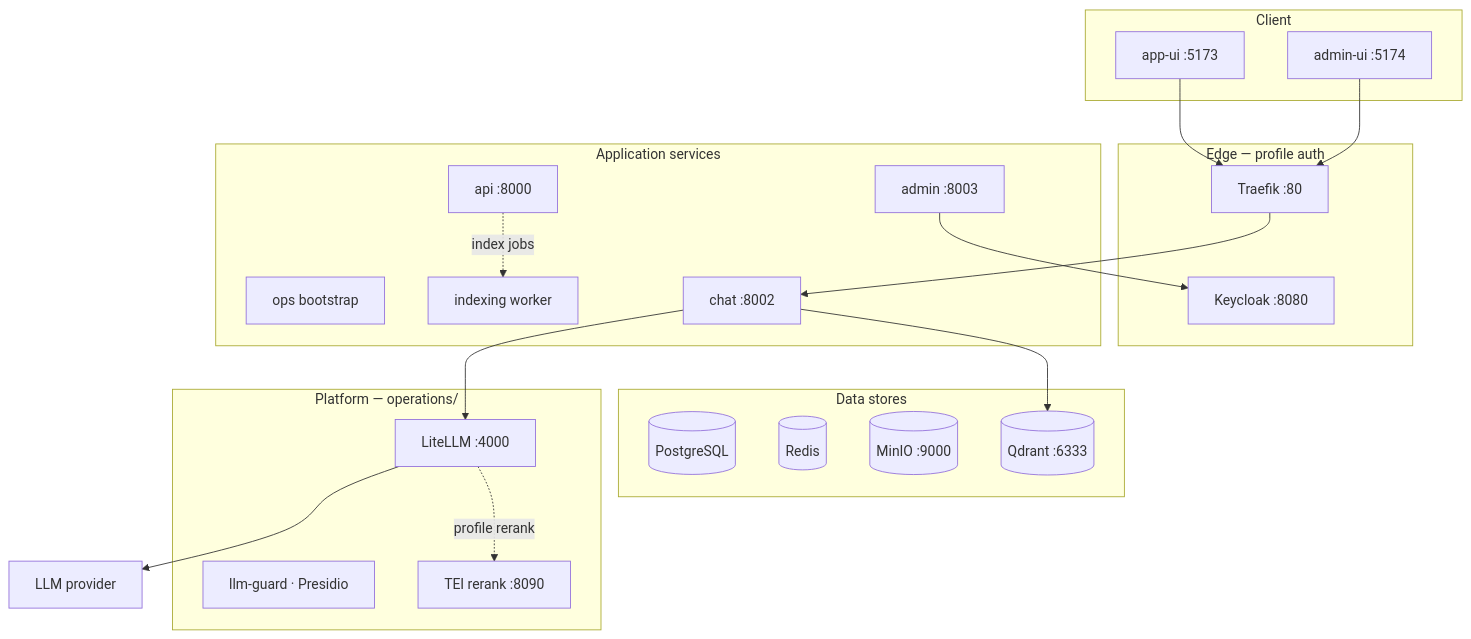
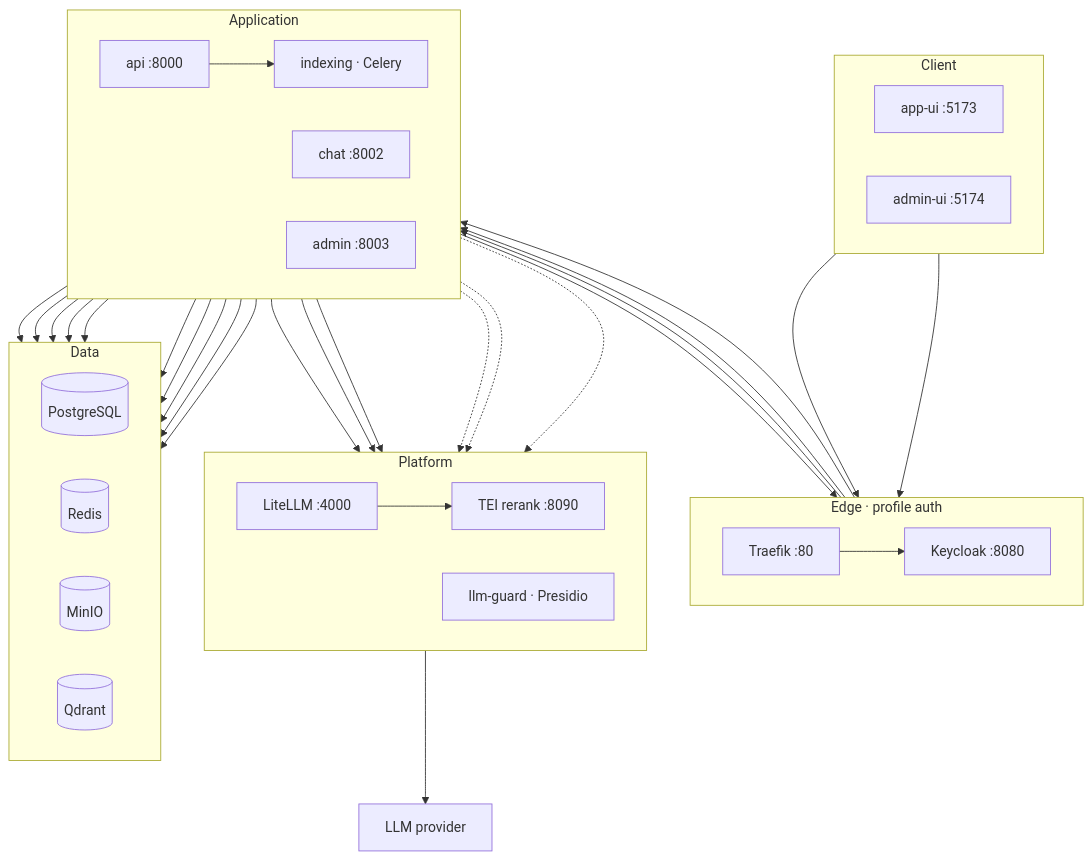
The second of 5 diagrams in docs/architecture.md (krlybnd/squint-genai), drawn with Mermaid before and after one commit. The commit also changed other lines of this file and 3 other files, not shown here.

First line of the commit message:
docs: show TEI rerank on layered architecture mermaid

````diff
--- a/docs/architecture.md
+++ b/docs/architecture.md
@@ -29,46 +29,68 @@
 ```mermaid
 flowchart TB
     subgraph client [Client]
+        direction LR
         frontend["app-ui :5173"]
         admin_ui["admin-ui :5174"]
     end
 
-    subgraph edge [Edge — profile auth]
+    subgraph edge ["Edge · profile auth"]
+        direction LR
         traefik["Traefik :80"]
         keycloak["Keycloak :8080"]
     end
 
-    subgraph app [Application services]
-        ops["ops bootstrap"]
+    subgraph app [Application]
+        direction LR
         api["api :8000"]
         chat["chat :8002"]
         admin["admin :8003"]
-        indexing["indexing worker"]
+        indexing["indexing · Celery"]
     end
 
-    subgraph platform [Platform — operations/]
+    subgraph platform [Platform]
+        direction LR
         litellm["LiteLLM :4000"]
+        rerank["TEI rerank :8090"]
         guard["llm-guard · Presidio"]
-        rerank["TEI rerank :8090"]
     end
 
-    subgraph data [Data stores]
+    subgraph data [Data]
+        direction LR
         postgres[("PostgreSQL")]
         redis[("Redis")]
-        minio[("MinIO :9000")]
-        qdrant[("Qdrant :6333")]
+        minio[("MinIO")]
+        qdrant[("Qdrant")]
     end
 
     ext["LLM provider"]
 
     frontend --> traefik
     admin_ui --> traefik
+    traefik --> api
     traefik --> chat
+    traefik --> admin
+    traefik --> keycloak
     admin --> keycloak
+
+    api --> indexing
+    chat --> qdrant
+    api --> qdrant
+    indexing --> qdrant
+    api --> postgres
+    chat --> postgres
+    indexing --> postgres
+    api --> redis
+    indexing --> redis
+    api --> minio
+    indexing --> minio
     chat --> litellm
-    chat --> qdrant
+    api --> litellm
+    indexing --> litellm
+    litellm --> rerank
     litellm --> ext
-    litellm -.->|profile rerank| rerank
 
-    api -.->|index jobs| indexing
+    chat -.-> guard
+    api -.-> guard
+    indexing -.-> guard
 ```
````
